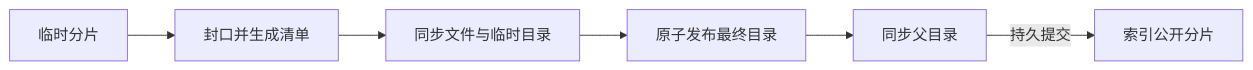
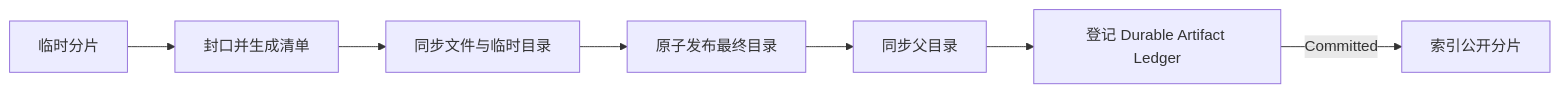
Before and after one commit to SiYueY/rodaq: diagram 13 of 16 in docs/design/architecture.md, drawn with Mermaid. The commit also changed other lines of this file and 6 other files, not shown here.

````diff
--- a/docs/design/architecture.md
+++ b/docs/design/architecture.md
@@ -834,8 +903,9 @@
 ```mermaid
 flowchart LR
     Temp["临时分片"] --> Seal["封口并生成清单"]
     Seal --> Sync["同步文件与临时目录"]
     Sync --> Rename["原子发布最终目录"]
     Rename --> Parent["同步父目录"]
-    Parent -->|持久提交| Index["索引公开分片"]
+    Parent --> Ledger["登记 Durable Artifact Ledger"]
+    Ledger -->|Committed| Index["索引公开分片"]
 ```
````
